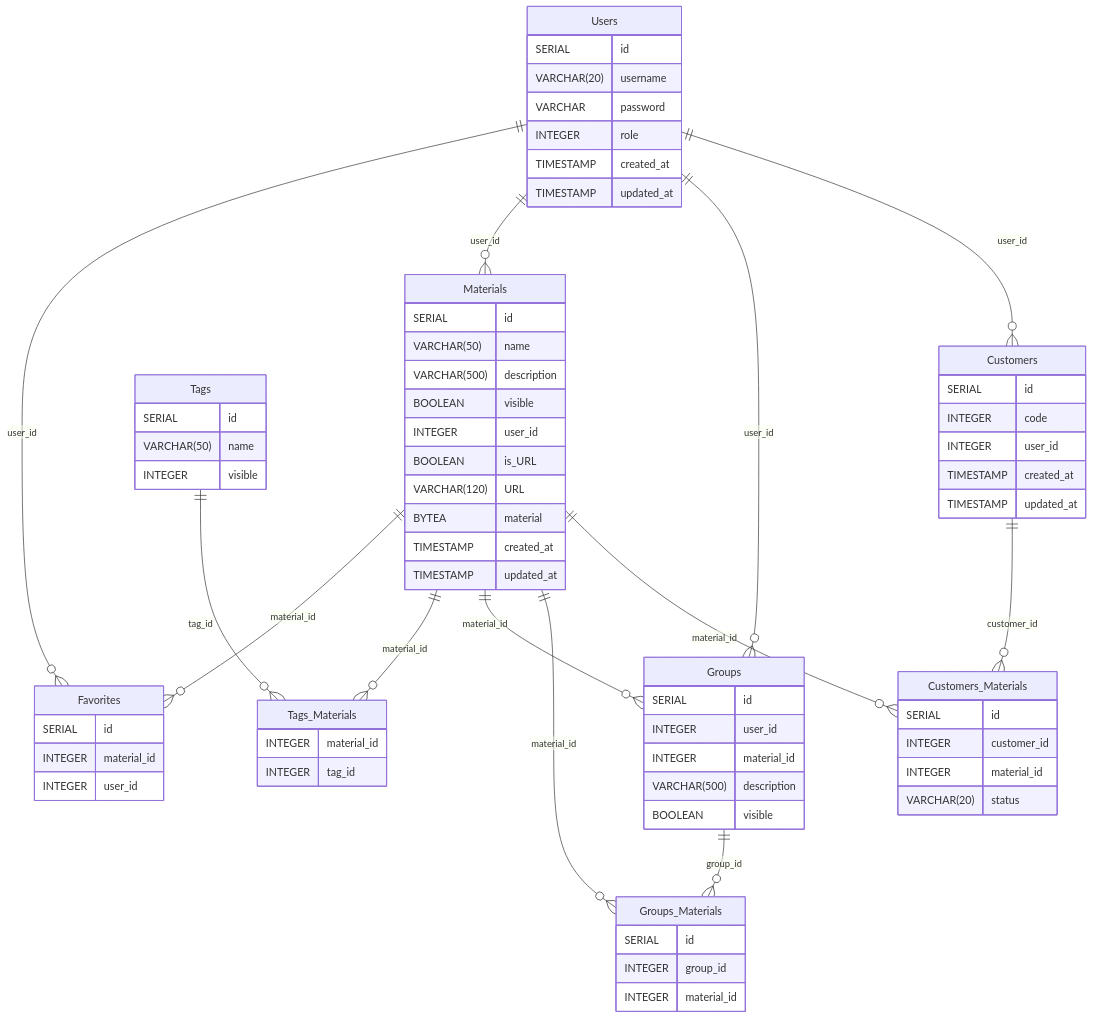
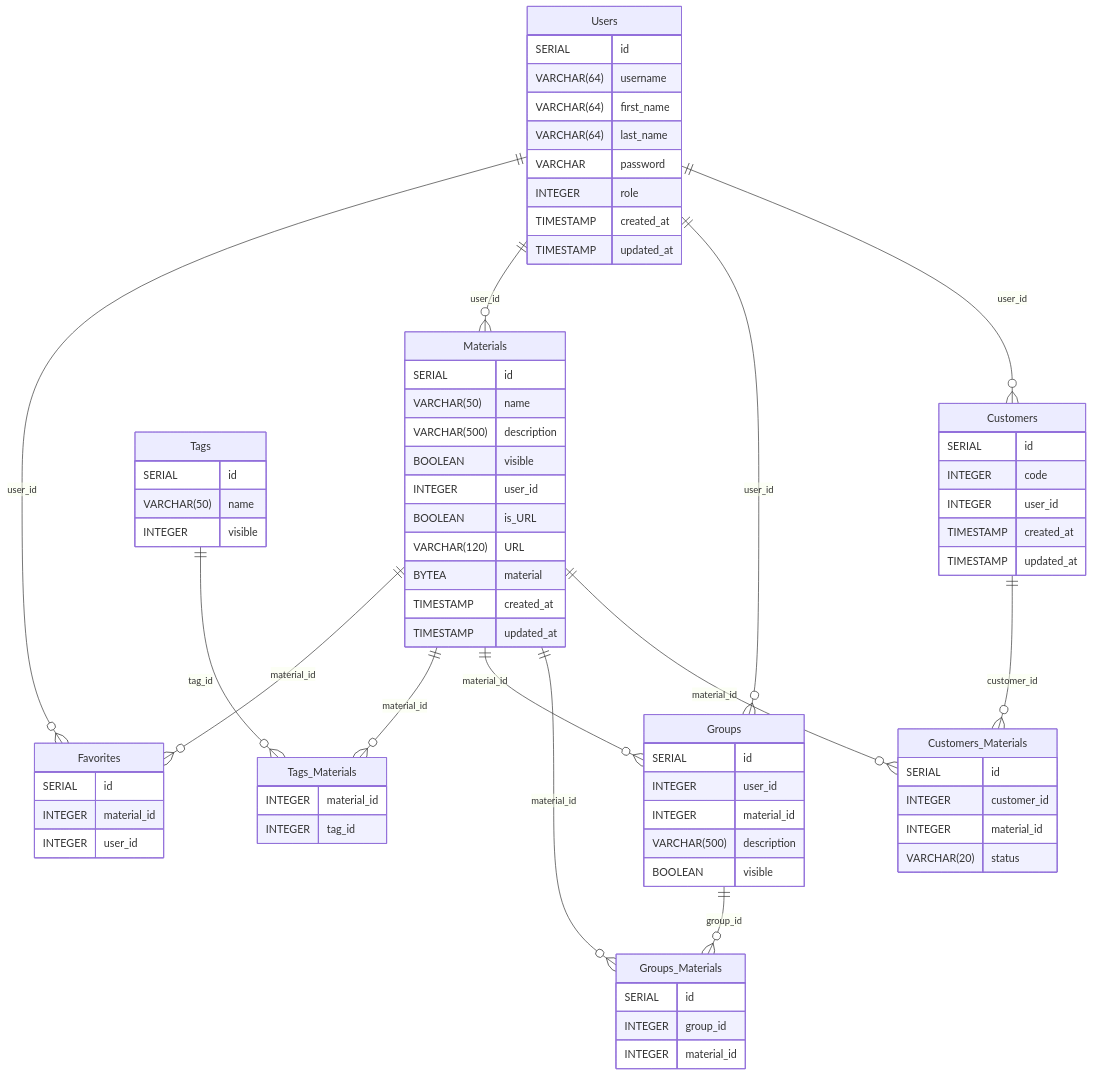
Before and after one commit to phuvio/Material-bank: the diagram in Documentation/database.md, drawn with Mermaid. The commit also changed 2 other files, not shown here.

Commit message:
update database schema
Change username to VARCHAR(64) so it can store SHA-265 hash. Add first_name and last_name which also are VARCHAR(64) for storing SHA-265 hashs.

```diff
--- a/Documentation/database.md
+++ b/Documentation/database.md
@@ -24,7 +24,9 @@
 
     Users {
         SERIAL id
-        VARCHAR(20) username
+        VARCHAR(64) username
+        VARCHAR(64) first_name
+        VARCHAR(64) last_name
         VARCHAR password
         INTEGER role
         TIMESTAMP created_at
```
